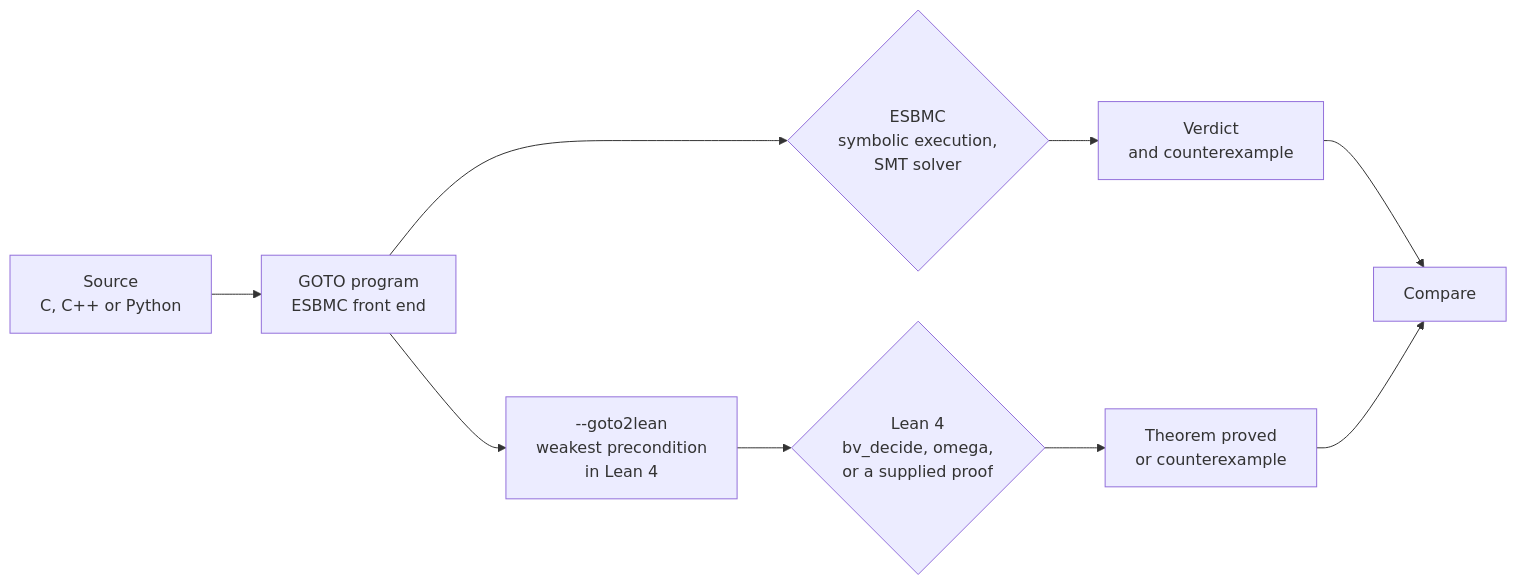
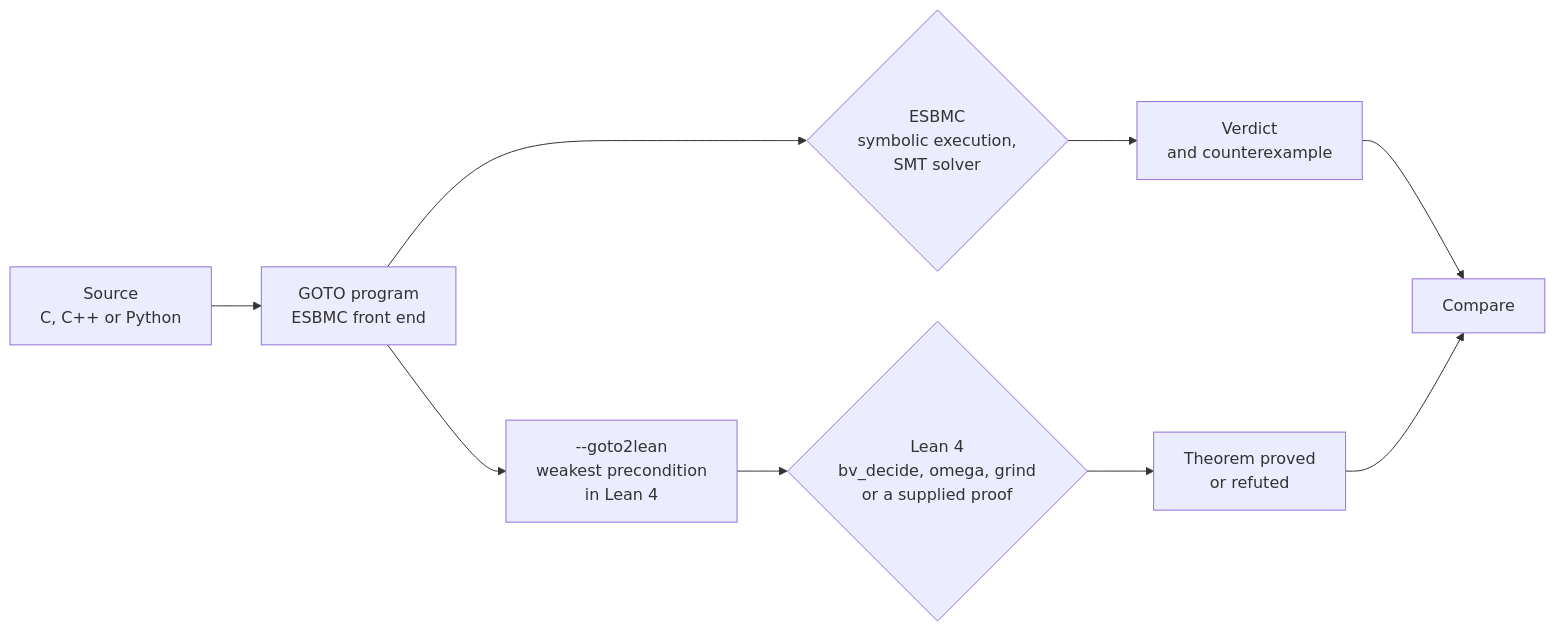
Before and after one commit to ssvlab/ssvlab.github.io: the diagram in lucasccordeiro-src/_posts/2026-11-13-esbmc-verifies-lean-checks.md, drawn with Mermaid. The commit also changed other lines of this file and 112 other files, not shown here.

````diff
--- a/lucasccordeiro-src/_posts/2026-11-13-esbmc-verifies-lean-checks.md
+++ b/lucasccordeiro-src/_posts/2026-11-13-esbmc-verifies-lean-checks.md
@@ -19,11 +19,11 @@
 ```mermaid
 flowchart LR
     S["Source<br/>C, C++ or Python"] --> G["GOTO program<br/>ESBMC front end"]
     G --> E{"ESBMC<br/>symbolic execution,<br/>SMT solver"}
     G --> T["--goto2lean<br/>weakest precondition<br/>in Lean 4"]
-    T --> L{"Lean 4<br/>bv_decide, omega,<br/>or a supplied proof"}
+    T --> L{"Lean 4<br/>bv_decide, omega, grind<br/>or a supplied proof"}
     E --> V1["Verdict<br/>and counterexample"]
-    L --> V2["Theorem proved<br/>or counterexample"]
+    L --> V2["Theorem proved<br/>or refuted"]
     V1 --> C["Compare"]
     V2 --> C
 ```
````
